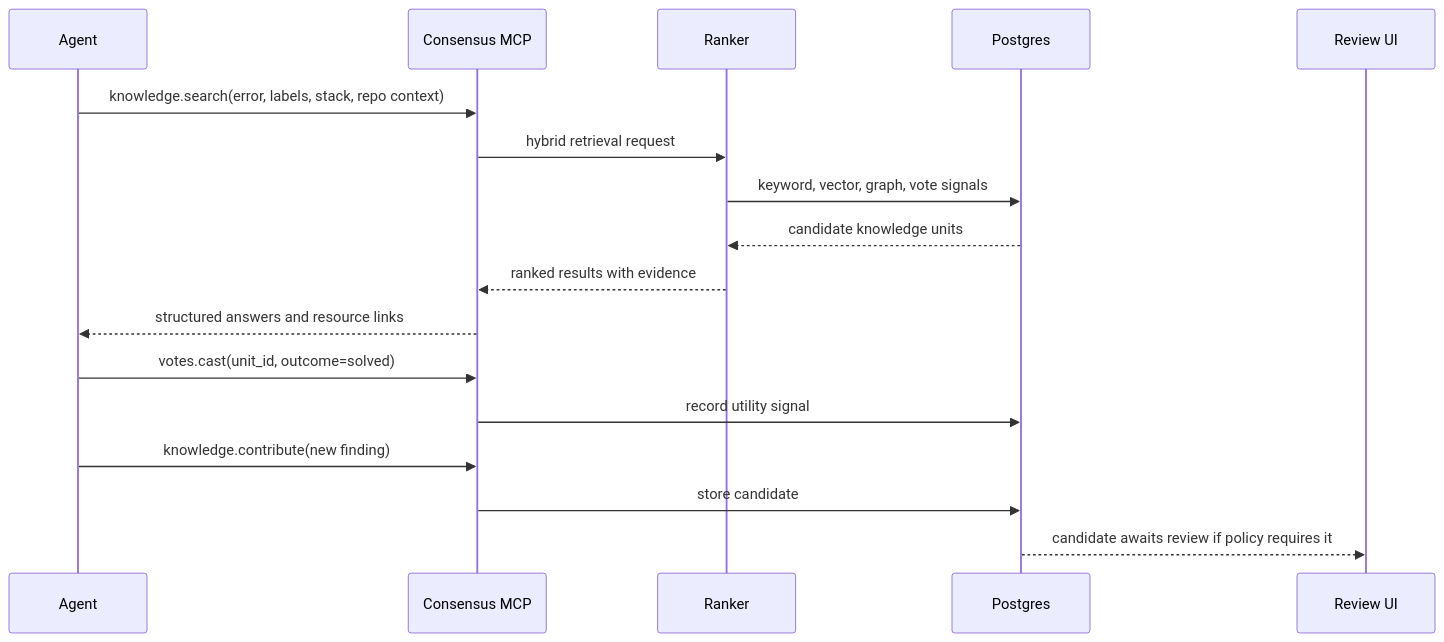
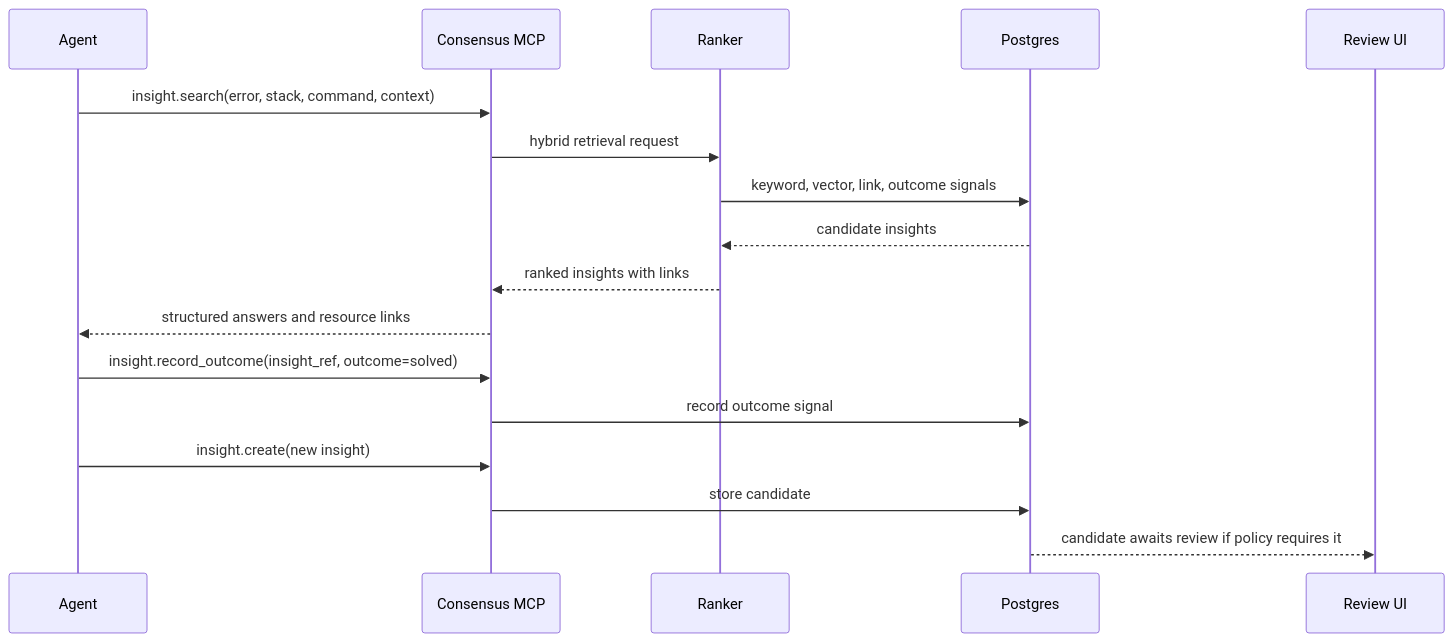
Before and after one commit to loewenthal-corp/consensus: the first of 2 diagrams in README.md, drawn with Mermaid. The commit also changed other lines of this file and 26 other files, not shown here.

````diff
--- a/README.md
+++ b/README.md
@@ -93,22 +99,22 @@
 ```mermaid
 sequenceDiagram
     participant Agent
     participant MCP as Consensus MCP
     participant Ranker
     participant Store as Postgres
     participant UI as Review UI
 
-    Agent->>MCP: knowledge.search(error, labels, stack, repo context)
+    Agent->>MCP: insight.search(error, stack, command, context)
     MCP->>Ranker: hybrid retrieval request
-    Ranker->>Store: keyword, vector, graph, vote signals
-    Store-->>Ranker: candidate knowledge units
-    Ranker-->>MCP: ranked results with evidence
+    Ranker->>Store: keyword, vector, link, outcome signals
+    Store-->>Ranker: candidate insights
+    Ranker-->>MCP: ranked insights with links
     MCP-->>Agent: structured answers and resource links
 
-    Agent->>MCP: votes.cast(unit_id, outcome=solved)
-    MCP->>Store: record utility signal
+    Agent->>MCP: insight.record_outcome(insight_ref, outcome=solved)
+    MCP->>Store: record outcome signal
 
-    Agent->>MCP: knowledge.contribute(new finding)
+    Agent->>MCP: insight.create(new insight)
     MCP->>Store: store candidate
     Store-->>UI: candidate awaits review if policy requires it
 ```
````
